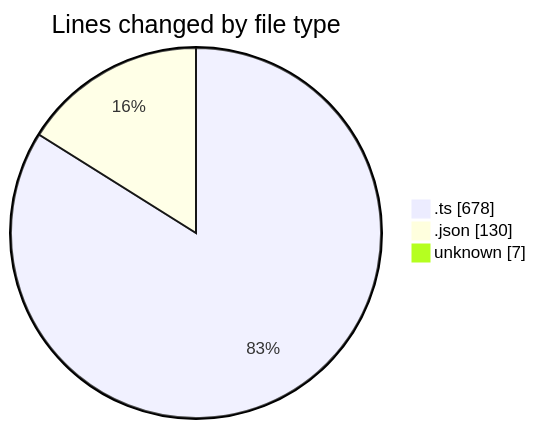
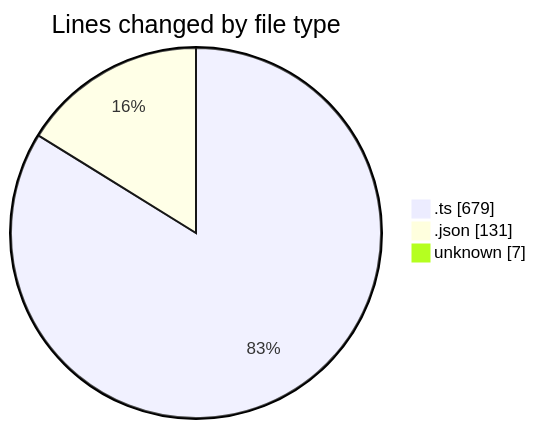
The first of 2 diagrams in 2025-08-24/chatgpt-extension/README.md (EIIisD/code-tracking), drawn with Mermaid before and after one commit. The commit also changed other lines of this file and 1 other file, not shown here.

````diff
--- a/2025-08-24/chatgpt-extension/README.md
+++ b/2025-08-24/chatgpt-extension/README.md
@@ -24,7 +24,7 @@
 ```mermaid
 pie showData
 title Lines changed by file type
-".ts" : 678
-".json" : 130
+".ts" : 679
+".json" : 131
 "unknown" : 7
 ```
````
